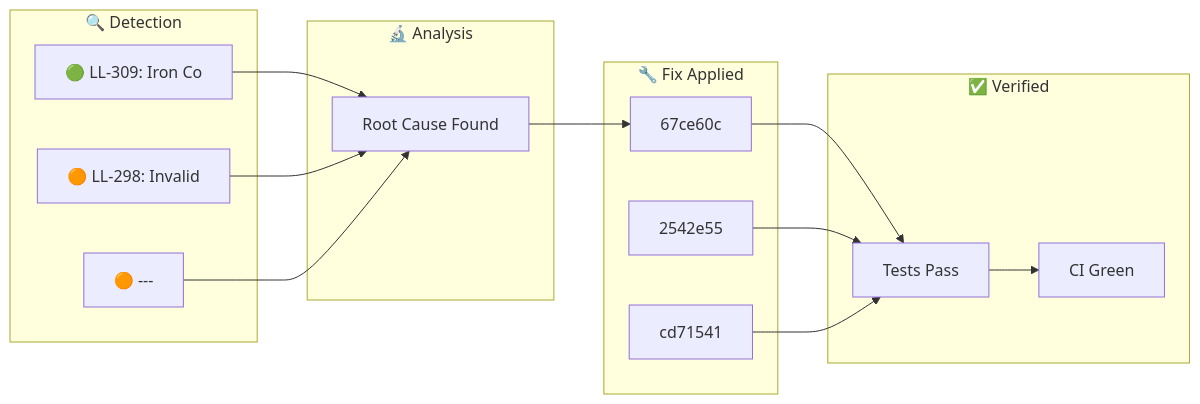
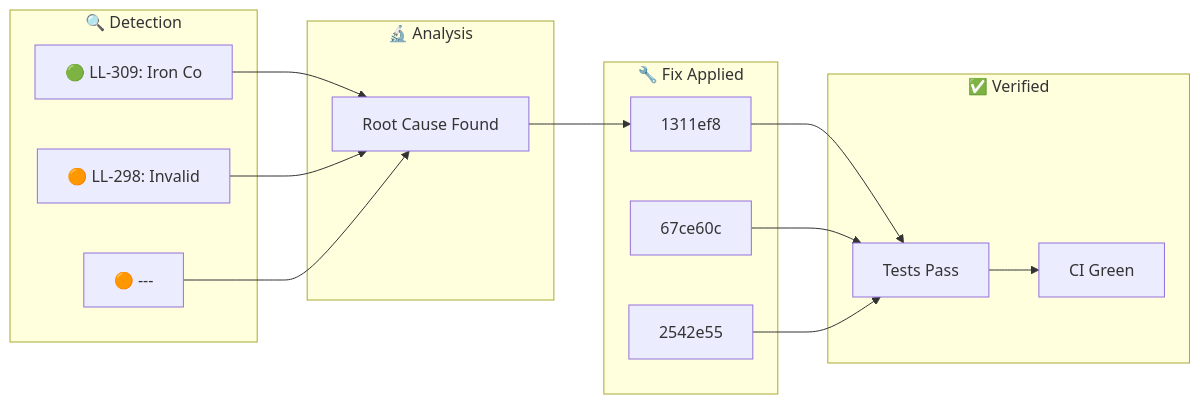
Before and after one commit to YoByron/trading: the diagram in docs/_posts/2026-01-27-ralph-discovery.md, drawn with Mermaid. The commit also changed other lines of this file, not shown here.

````diff
--- a/docs/_posts/2026-01-27-ralph-discovery.md
+++ b/docs/_posts/2026-01-27-ralph-discovery.md
@@ -17,28 +17,28 @@
 ```mermaid
 flowchart LR
     subgraph Detection["🔍 Detection"]
         D1["🟢 LL-309: Iron Co"]
         D2["🟠 LL-298: Invalid"]
         D3["🟠 ---"]
     end
     subgraph Analysis["🔬 Analysis"]
         A1["Root Cause Found"]
     end
     subgraph Fix["🔧 Fix Applied"]
-        F1["67ce60c"]
-        F2["2542e55"]
-        F3["cd71541"]
+        F1["1311ef8"]
+        F2["67ce60c"]
+        F3["2542e55"]
     end
     subgraph Verify["✅ Verified"]
         V1["Tests Pass"]
         V2["CI Green"]
     end
     D1 --> A1
     D2 --> A1
     D3 --> A1
     A1 --> F1
     F1 --> V1
     F2 --> V1
     F3 --> V1
     V1 --> V2
 ```
````
